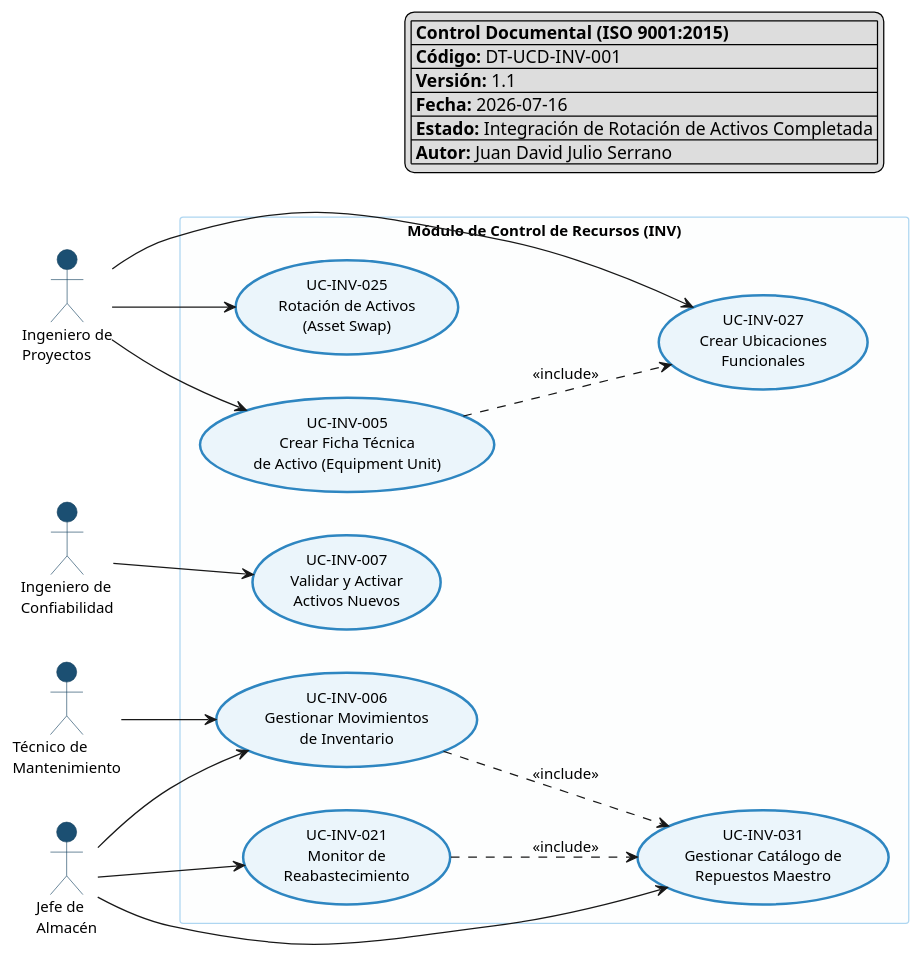
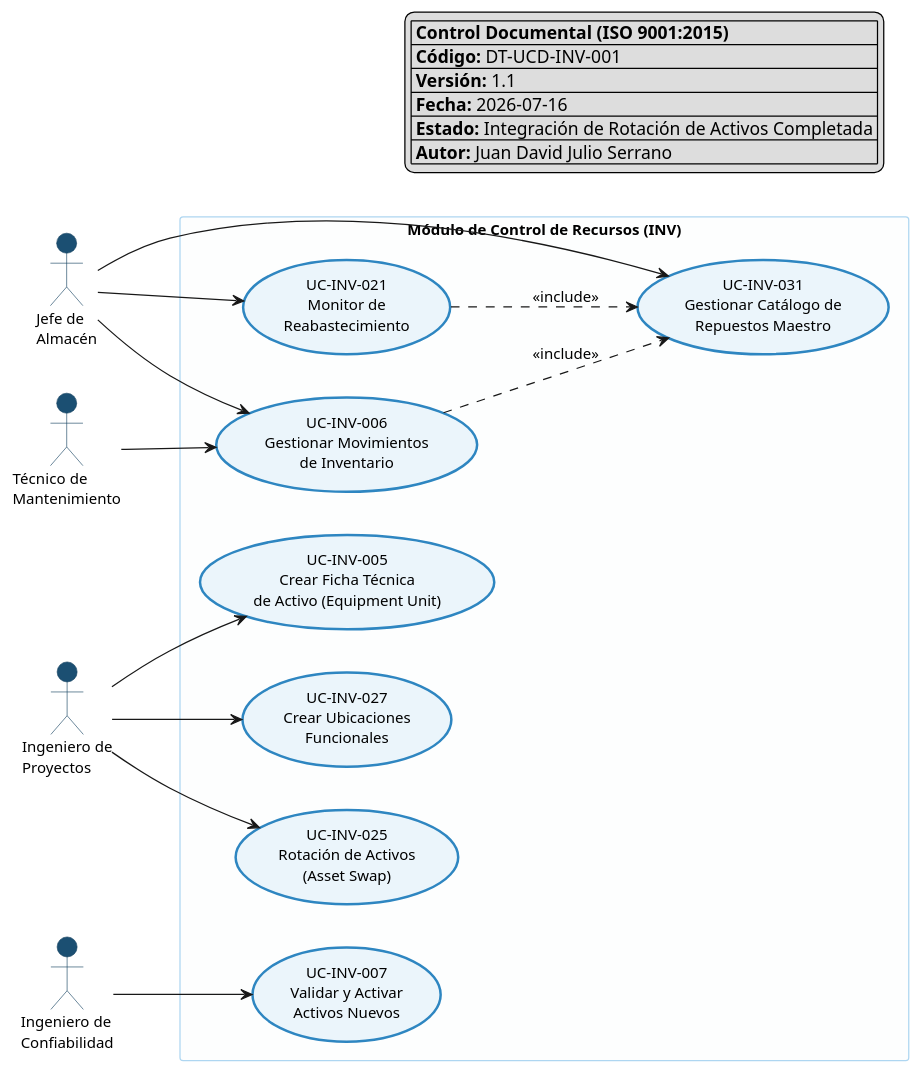
The diagram in domain-models/use-cases/inv/inv-use-cases.puml (Novav20/adso-dteam-docs), drawn with PlantUML before and after one commit. The commit also changed 5 other files, not shown here.

Commit message:
docs(use-cases): fix inconsistencies in mtto, inv and vis use case diagrams

```diff
--- a/domain-models/use-cases/inv/inv-use-cases.puml
+++ b/domain-models/use-cases/inv/inv-use-cases.puml
@@ -1,73 +1,72 @@
 @startuml INV-UseCases
 skinparam packageStyle rectangle
 left to right direction
 
 ' --- CONFIGURACIÓN VISUAL ---
 skinparam usecase {
   BackgroundColor #EBF5FB
   BorderColor #2E86C1
   BorderThickness 2
   FontName Segoe UI
   FontSize 12
 }
 skinparam actor {
   BackgroundColor #1B4F72
   BorderColor #154360
   FontName Segoe UI
   FontSize 11
 }
 skinparam package {
   BackgroundColor #FDFEFE
   BorderColor #AED6F1
   FontName Segoe UI
   FontSize 13
   FontStyle bold
 }
 skinparam defaultFontName "Segoe UI"
 skinparam defaultFontSize 12
 
 legend top right
 |= Control Documental (ISO 9001:2015) |
 | **Código:** DT-UCD-INV-001 |
 | **Versión:** 1.1 |
 | **Fecha:** 2026-07-16 |
 | **Estado:** Integración de Rotación de Activos Completada |
 | **Autor:** Juan David Julio Serrano |
 endlegend
 
 ' --- ACTORES ---
 actor "Jefe de\nAlmacén" as JefeAlmacen #1B4F72
 actor "Ingeniero de\nProyectos" as IngenieroProyectos #1B4F72
 actor "Ingeniero de\nConfiabilidad" as IngenieroConfiabilidad #1B4F72
 actor "Técnico de\nMantenimiento" as Tecnico #1B4F72
 
 ' --- PAQUETE PRINCIPAL ---
 package "Módulo de Control de Recursos (INV)" {
 
   usecase "UC-INV-005\nCrear Ficha Técnica\nde Activo (Equipment Unit)" as UCINV005 #EBF5FB
   usecase "UC-INV-006\nGestionar Movimientos\nde Inventario" as UCINV006 #EBF5FB
   usecase "UC-INV-007\nValidar y Activar\nActivos Nuevos" as UCINV007 #EBF5FB
   usecase "UC-INV-021\nMonitor de\nReabastecimiento" as UCINV021 #EBF5FB
   usecase "UC-INV-025\nRotación de Activos\n(Asset Swap)" as UCINV025 #EBF5FB
   usecase "UC-INV-027\nCrear Ubicaciones\nFuncionales" as UCINV027 #EBF5FB
   usecase "UC-INV-031\nGestionar Catálogo de\nRepuestos Maestro" as UCINV031 #EBF5FB
 }
 
 ' --- RELACIONES ACTOR - CASO DE USO ---
 IngenieroProyectos --> UCINV005
 IngenieroProyectos --> UCINV027
 IngenieroProyectos --> UCINV025
 
 JefeAlmacen --> UCINV006
 JefeAlmacen --> UCINV021
 JefeAlmacen --> UCINV031
 
 IngenieroConfiabilidad --> UCINV007
 Tecnico --> UCINV006
 
 ' --- RELACIONES INTER-CASOS DE USO (Include/Extend) ---
-UCINV005 ..> UCINV027 : <<include>>
 UCINV006 ..> UCINV031 : <<include>>
 UCINV021 ..> UCINV031 : <<include>>
 
 @enduml
```
